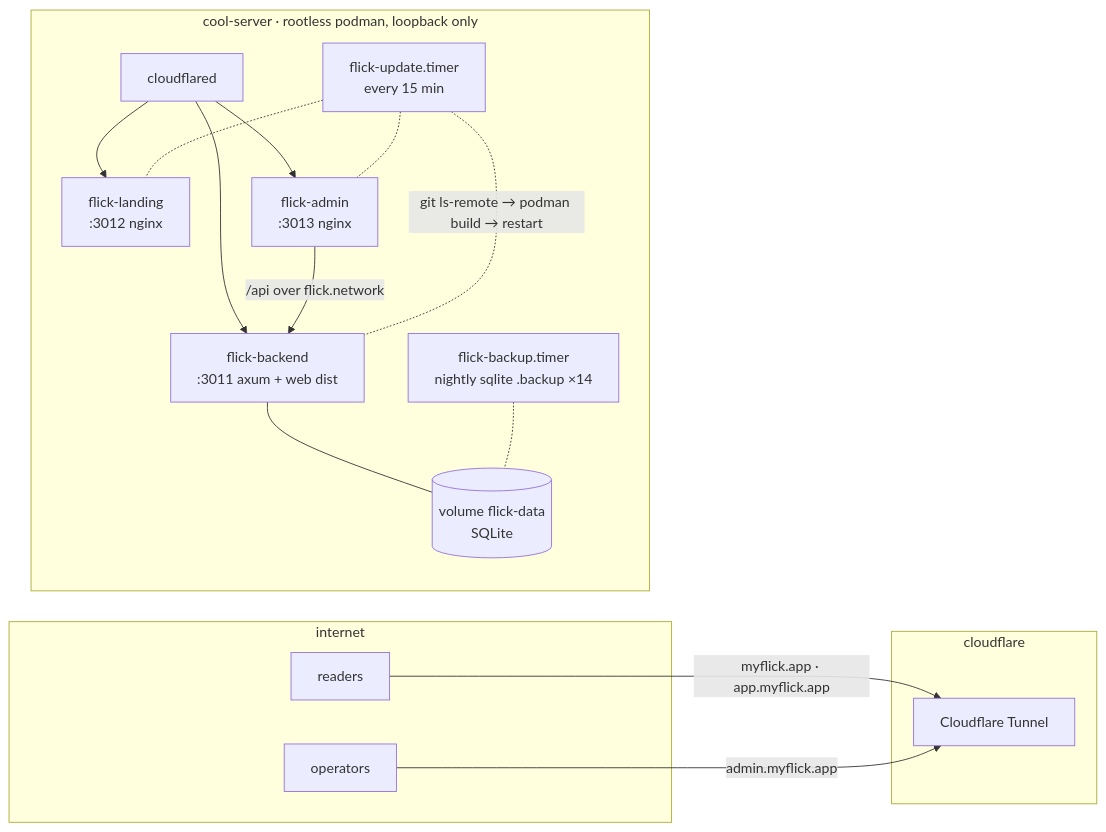
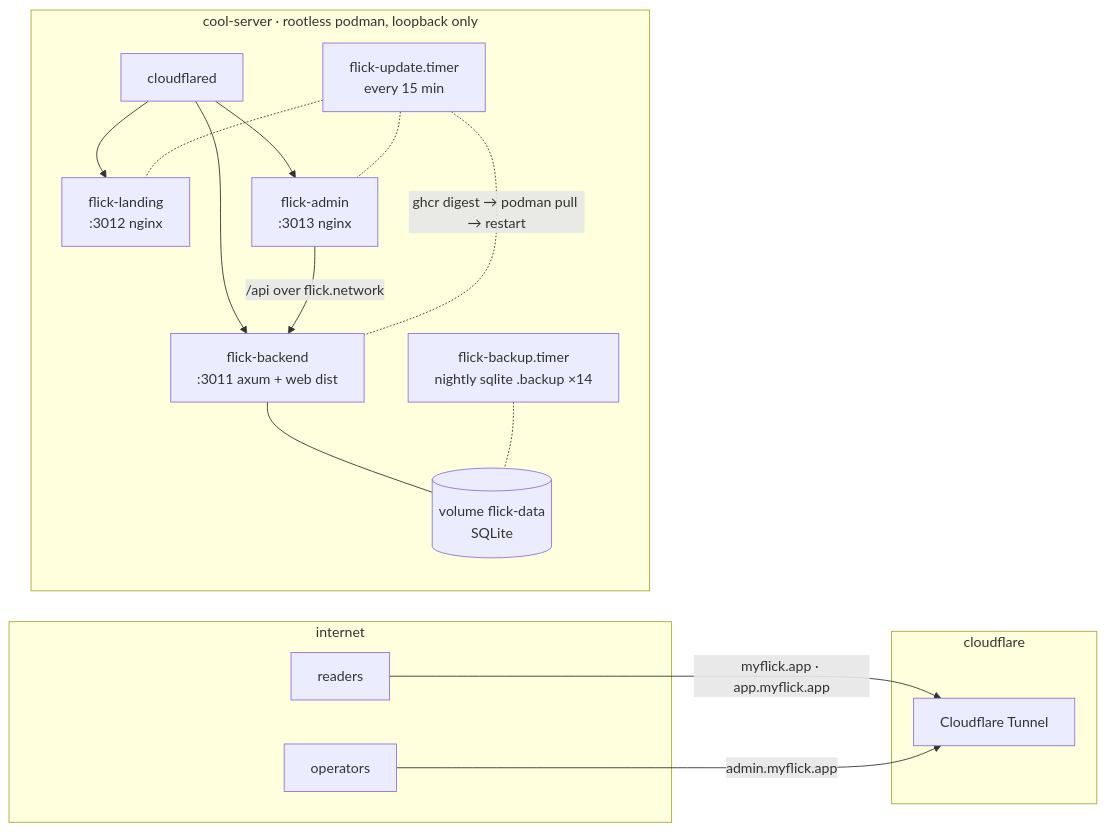
One commit to one-more-refactor/flick changed the fourth of 4 diagrams in docs/architecture.md. Above: the diagram before and after it, drawn with Mermaid. The commit also changed other lines of this file and 4 other files, not shown here.

````diff
--- a/docs/architecture.md
+++ b/docs/architecture.md
@@ -190,23 +190,23 @@
 ```mermaid
 flowchart LR
     subgraph internet
         u["readers"]
         o["operators"]
     end
     subgraph cloudflare
         cf["Cloudflare Tunnel"]
     end
     u -- "myflick.app · app.myflick.app" --> cf
     o -- "admin.myflick.app" --> cf
     subgraph box["cool-server · rootless podman, loopback only"]
         cfd["cloudflared"] --> l["flick-landing<br/>:3012 nginx"]
         cfd --> b["flick-backend<br/>:3011 axum + web dist"]
         cfd --> a["flick-admin<br/>:3013 nginx"]
         a -- "/api over flick.network" --> b
         b --- v[("volume flick-data<br/>SQLite")]
-        t["flick-update.timer<br/>every 15 min"] -. "git ls-remote → podman build → restart" .- b
+        t["flick-update.timer<br/>every 15 min"] -. "ghcr digest → podman pull → restart" .- b
         t -.- l
         t -.- a
         bk["flick-backup.timer<br/>nightly sqlite .backup ×14"] -.- v
     end
 ```
````
